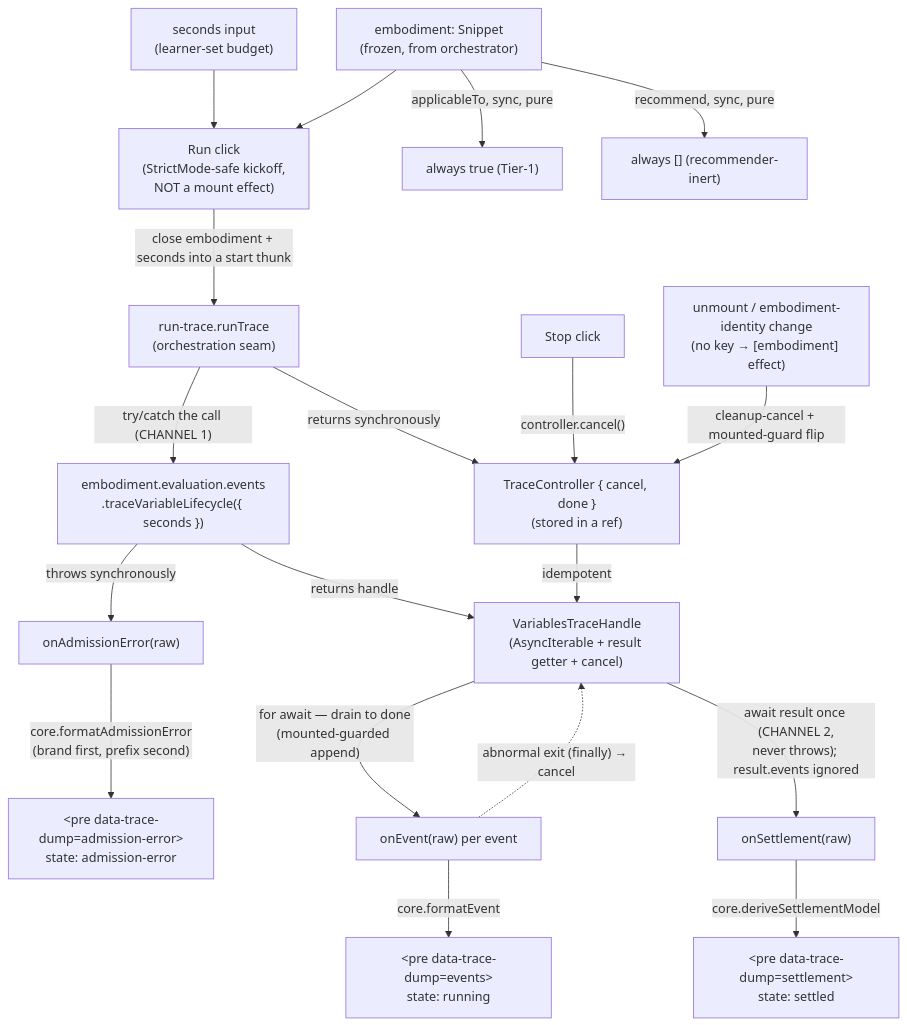
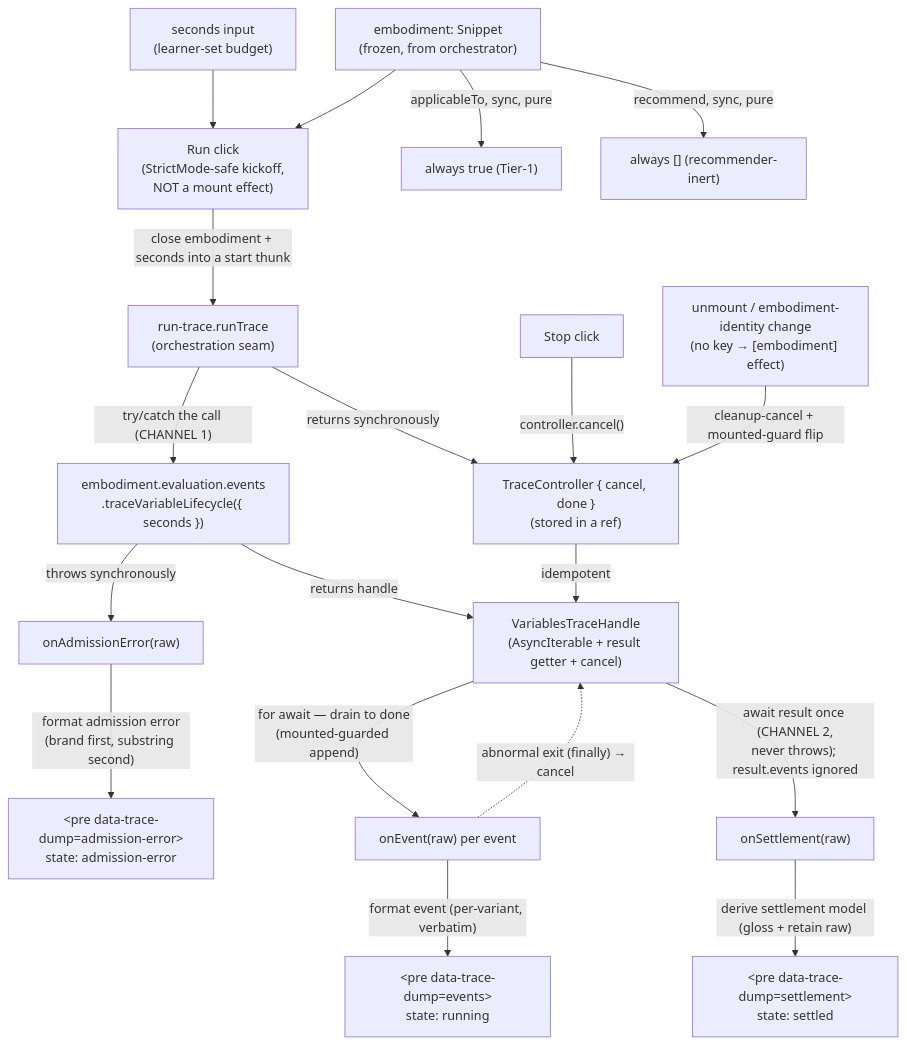
One commit to codeschoolinabox/curricula changed the diagram in src/lib/study-lenses/lenses/trace-debugging/DOCS.md. Above: the diagram before and after it, drawn with Mermaid. The commit also changed other lines of this file and 2 other files, not shown here.

First line of the commit message:
docs: align trace-debugging Phase-0 contract with AR-1/AR-2 findings

````diff
--- a/src/lib/study-lenses/lenses/trace-debugging/DOCS.md
+++ b/src/lib/study-lenses/lenses/trace-debugging/DOCS.md
@@ -172,31 +192,31 @@
 ```mermaid
 flowchart TD
     EmbodimentProp["embodiment: Snippet<br/>(frozen, from orchestrator)"]
     SecondsInput["seconds input<br/>(learner-set budget)"]
     RunClick["Run click<br/>(StrictMode-safe kickoff,<br/>NOT a mount effect)"]
     StopClick["Stop click"]
     Teardown["unmount / embodiment-identity change<br/>(no key → [embodiment] effect)"]
 
     SecondsInput --> RunClick
     EmbodimentProp --> RunClick
     RunClick -->|"close embodiment + seconds into a start thunk"| Seam["run-trace.runTrace<br/>(orchestration seam)"]
 
     Seam -->|"try/catch the call (CHANNEL 1)"| Call["embodiment.evaluation.events<br/>.traceVariableLifecycle({ seconds })"]
     Call -->|"throws synchronously"| Admission["onAdmissionError(raw)"]
-    Admission -->|"core.formatAdmissionError<br/>(brand first, prefix second)"| AdmDump["&lt;pre data-trace-dump=admission-error&gt;<br/>state: admission-error"]
+    Admission -->|"format admission error<br/>(brand first, substring second)"| AdmDump["&lt;pre data-trace-dump=admission-error&gt;<br/>state: admission-error"]
 
     Call -->|"returns handle"| Handle["VariablesTraceHandle<br/>(AsyncIterable + result getter + cancel)"]
     Handle -->|"for await — drain to done<br/>(mounted-guarded append)"| Drain["onEvent(raw) per event"]
-    Drain -->|"core.formatEvent"| EvDump["&lt;pre data-trace-dump=events&gt;<br/>state: running"]
+    Drain -->|"format event (per-variant, verbatim)"| EvDump["&lt;pre data-trace-dump=events&gt;<br/>state: running"]
     Drain -.->|"abnormal exit (finally) → cancel"| Handle
     Handle -->|"await result once (CHANNEL 2,<br/>never throws); result.events ignored"| Settle["onSettlement(raw)"]
-    Settle -->|"core.deriveSettlementModel"| SetDump["&lt;pre data-trace-dump=settlement&gt;<br/>state: settled"]
+    Settle -->|"derive settlement model (gloss + retain raw)"| SetDump["&lt;pre data-trace-dump=settlement&gt;<br/>state: settled"]
 
     Seam -->|"returns synchronously"| Controller["TraceController { cancel, done }<br/>(stored in a ref)"]
     StopClick -->|"controller.cancel()"| Controller
     Teardown -->|"cleanup-cancel + mounted-guard flip"| Controller
     Controller -->|"idempotent"| Handle
 
     EmbodimentProp -->|"applicableTo, sync, pure"| Applicable["always true (Tier-1)"]
     EmbodimentProp -->|"recommend, sync, pure"| Recs["always [] (recommender-inert)"]
 ```
````
